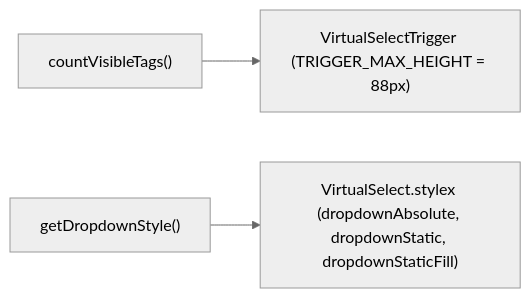
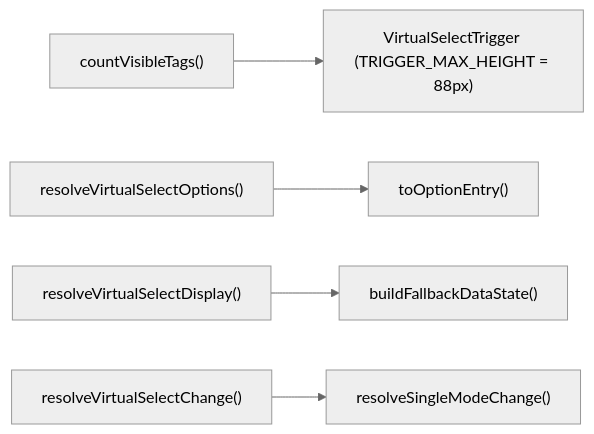
One commit to luciocabrera/lcabrera-stack changed the first of 2 diagrams in packages/ui/src/components/VirtualSelect/utils/ARCHITECTURE.md. Above: the diagram before and after it, drawn with Mermaid (neutral theme). The commit also changed other lines of this file and 5 other files, not shown here.

Commit message:
feat(AllSettingsSection, ColumnWidthsSection): update test assertions for header rendering to use not.toBeNull() feat(VirtualSelect): enhance architecture documentation with detailed component structure and hooks

````diff
--- a/packages/ui/src/components/VirtualSelect/utils/ARCHITECTURE.md
+++ b/packages/ui/src/components/VirtualSelect/utils/ARCHITECTURE.md
@@ -16,5 +21,7 @@
 ```mermaid
 graph LR
   CVT["countVisibleTags()"] --> TRIGGER_MAX_HEIGHT["VirtualSelectTrigger (TRIGGER_MAX_HEIGHT = 88px)"]
-  GDS["getDropdownStyle()"] --> VL_stylex["VirtualSelect.stylex (dropdownAbsolute, dropdownStatic, dropdownStaticFill)"]
+  RVSO["resolveVirtualSelectOptions()"] --> TOE["toOptionEntry()"]
+  RVSD["resolveVirtualSelectDisplay()"] --> BFDS["buildFallbackDataState()"]
+  RVSC["resolveVirtualSelectChange()"] --> RSMC["resolveSingleModeChange()"]
 ```
````
